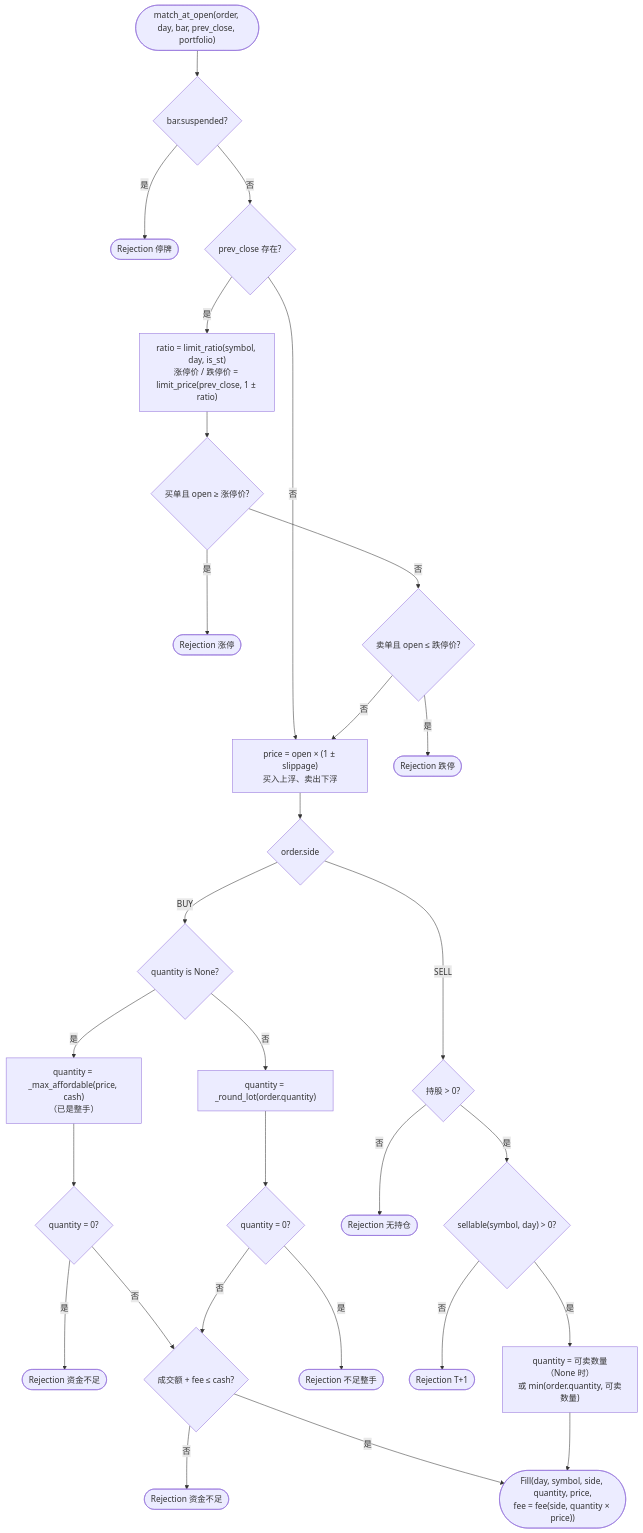
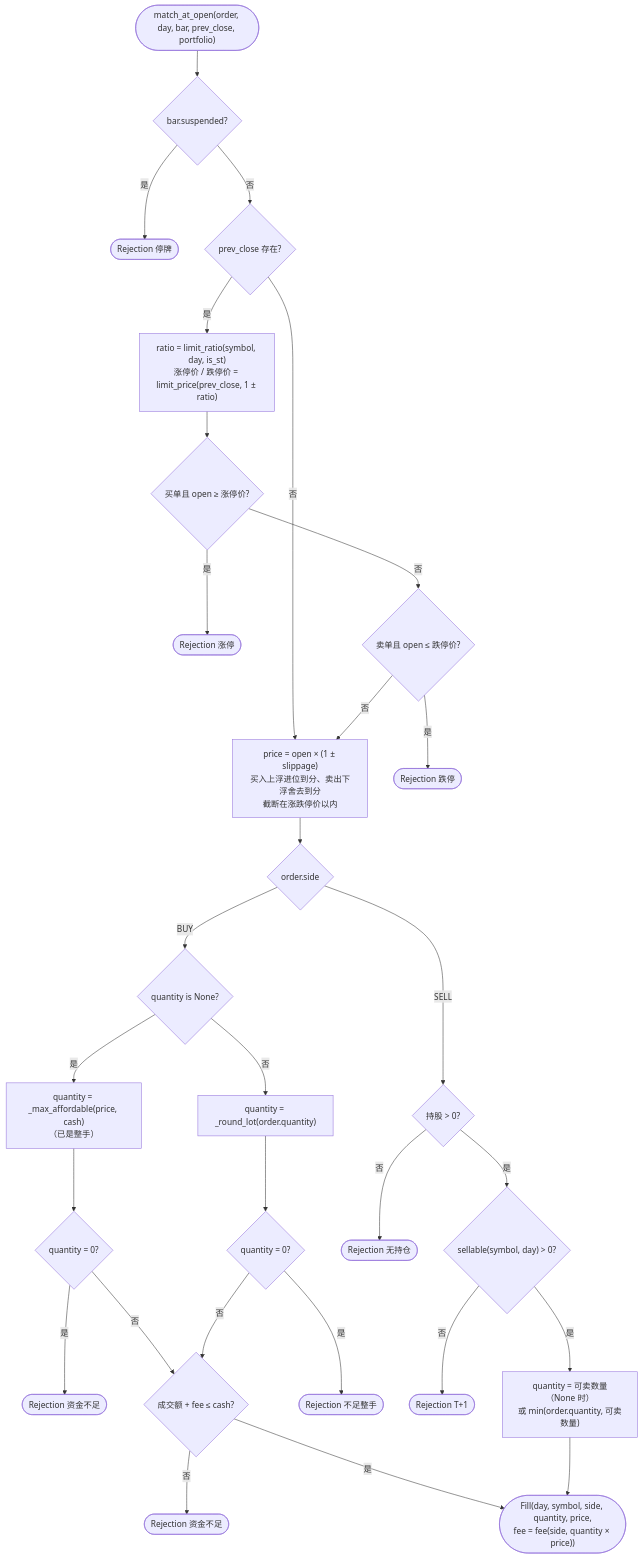
Before and after one commit to guevara12345/quant: diagram 15 of 27 in docs/code-walkthrough.md, drawn with Mermaid. The commit also changed other lines of this file and 4 other files, not shown here.

````diff
--- a/docs/code-walkthrough.md
+++ b/docs/code-walkthrough.md
@@ -797,31 +797,31 @@
 ```mermaid
 flowchart TD
     In(["match_at_open(order, day, bar, prev_close, portfolio)"]) --> S{bar.suspended?}
     S -- 是 --> RS([Rejection 停牌])
     S -- 否 --> L{"prev_close 存在?"}
     L -- 否 --> Px
     L -- 是 --> Lim["ratio = limit_ratio(symbol, day, is_st)<br/>涨停价 / 跌停价 = limit_price(prev_close, 1 ± ratio)"]
     Lim --> LU{"买单且 open ≥ 涨停价?"}
     LU -- 是 --> RLU([Rejection 涨停])
     LU -- 否 --> LD{"卖单且 open ≤ 跌停价?"}
     LD -- 是 --> RLD([Rejection 跌停])
-    LD -- 否 --> Px["price = open × (1 ± slippage)<br/>买入上浮、卖出下浮"]
+    LD -- 否 --> Px["price = open × (1 ± slippage)<br/>买入上浮进位到分、卖出下浮舍去到分<br/>截断在涨跌停价以内"]
     Px --> Side{order.side}
     Side -- BUY --> BQ{"quantity is None?"}
     BQ -- 是 --> MA["quantity = _max_affordable(price, cash)<br/>（已是整手）"]
     MA --> Z{"quantity = 0?"}
     Z -- 是 --> RC1([Rejection 资金不足])
     Z -- 否 --> Cash
     BQ -- 否 --> BQ2["quantity = _round_lot(order.quantity)"]
     BQ2 --> Z2{"quantity = 0?"}
     Z2 -- 是 --> ROL([Rejection 不足整手])
     Z2 -- 否 --> Cash{"成交额 + fee ≤ cash?"}
     Cash -- 否 --> RC2([Rejection 资金不足])
     Cash -- 是 --> F
     Side -- SELL --> H{"持股 > 0?"}
     H -- 否 --> RNP([Rejection 无持仓])
     H -- 是 --> T1{"sellable(symbol, day) > 0?"}
     T1 -- 否 --> RT([Rejection T+1])
     T1 -- 是 --> SQ["quantity = 可卖数量（None 时）<br/>或 min(order.quantity, 可卖数量)"]
     SQ --> F(["Fill(day, symbol, side, quantity, price,<br/>fee = fee(side, quantity × price))"])
 ```
````
